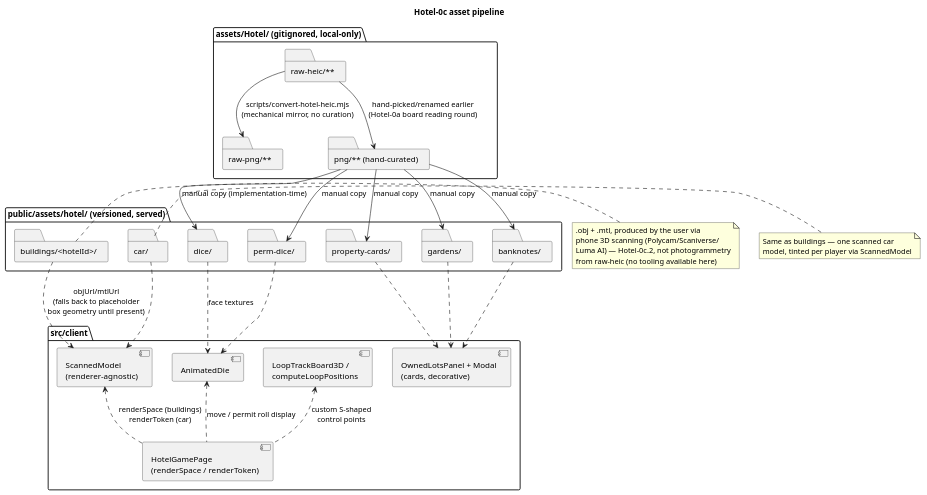
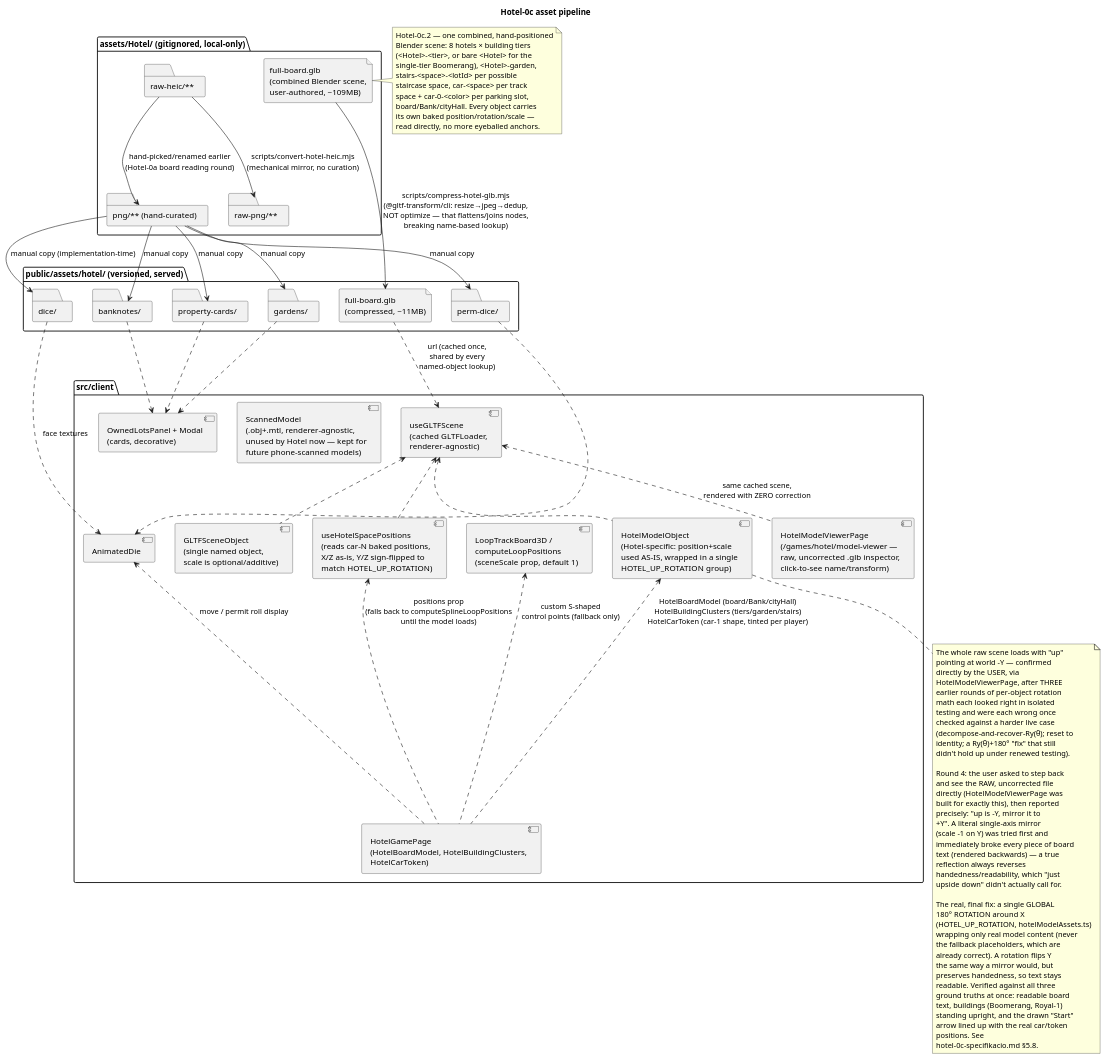
Before and after one commit to bbalazs2002/Games-center: the diagram in docs/diagrams/hotel-0c-asset-pipeline.puml, drawn with PlantUML. The commit also changed 66 other files, not shown here.

```diff
--- a/docs/diagrams/hotel-0c-asset-pipeline.puml
+++ b/docs/diagrams/hotel-0c-asset-pipeline.puml
@@ -1,60 +1,117 @@
 @startuml hotel-0c-asset-pipeline
 title Hotel-0c asset pipeline
 
 package "assets/Hotel/ (gitignored, local-only)" {
   folder "raw-heic/**" as RawHeic
   folder "raw-png/**" as RawPng
   folder "png/** (hand-curated)" as CuratedPng
+  file "full-board.glb\n(combined Blender scene,\nuser-authored, ~109MB)" as RawGlb
 }
 
 package "public/assets/hotel/ (versioned, served)" {
   folder "dice/" as PubDice
   folder "perm-dice/" as PubPermDice
   folder "property-cards/" as PubCards
   folder "gardens/" as PubGardens
   folder "banknotes/" as PubBanknotes
-  folder "buildings/<hotelId>/" as PubBuildings
-  folder "car/" as PubCar
+  file "full-board.glb\n(compressed, ~11MB)" as PubGlb
 }
 
 RawHeic --> RawPng : scripts/convert-hotel-heic.mjs\n(mechanical mirror, no curation)
 RawHeic --> CuratedPng : hand-picked/renamed earlier\n(Hotel-0a board reading round)
 
 CuratedPng --> PubDice : manual copy (implementation-time)
 CuratedPng --> PubPermDice : manual copy
 CuratedPng --> PubCards : manual copy
 CuratedPng --> PubGardens : manual copy
 CuratedPng --> PubBanknotes : manual copy
 
-note right of PubBuildings
-  .obj + .mtl, produced by the user via
-  phone 3D scanning (Polycam/Scaniverse/
-  Luma AI) — Hotel-0c.2, not photogrammetry
-  from raw-heic (no tooling available here)
-end note
-note right of PubCar
-  Same as buildings — one scanned car
-  model, tinted per player via ScannedModel
+RawGlb --> PubGlb : scripts/compress-hotel-glb.mjs\n(@gltf-transform/cli: resize→jpeg→dedup,\nNOT optimize — that flattens/joins nodes,\nbreaking name-based lookup)
+
+note right of RawGlb
+  Hotel-0c.2 — one combined, hand-positioned
+  Blender scene: 8 hotels × building tiers
+  (<Hotel>-<tier>, or bare <Hotel> for the
+  single-tier Boomerang), <Hotel>-garden,
+  stairs-<space>-<lotId> per possible
+  staircase space, car-<space> per track
+  space + car-0-<color> per parking slot,
+  board/Bank/cityHall. Every object carries
+  its own baked position/rotation/scale —
+  read directly, no more eyeballed anchors.
 end note
 
 package "src/client" {
-  component "ScannedModel\n(renderer-agnostic)" as ScannedModel
-  component "LoopTrackBoard3D /\ncomputeLoopPositions" as LoopTrack
-  component "HotelGamePage\n(renderSpace / renderToken)" as HotelGamePage
+  component "useGLTFScene\n(cached GLTFLoader,\nrenderer-agnostic)" as UseGLTFScene
+  component "GLTFSceneObject\n(single named object,\nscale is optional/additive)" as GLTFSceneObject
+  component "ScannedModel\n(.obj+.mtl, renderer-agnostic,\nunused by Hotel now — kept for\nfuture phone-scanned models)" as ScannedModel
+  component "HotelModelObject\n(Hotel-specific: position+scale\nused AS-IS, wrapped in a single\nHOTEL_UP_ROTATION group)" as HotelModelObject
+  component "useHotelSpacePositions\n(reads car-N baked positions,\nX/Z as-is, Y/Z sign-flipped to\nmatch HOTEL_UP_ROTATION)" as UseHotelSpacePositions
+  component "LoopTrackBoard3D /\ncomputeLoopPositions\n(sceneScale prop, default 1)" as LoopTrack
+  component "HotelGamePage\n(HotelBoardModel, HotelBuildingClusters,\nHotelCarToken)" as HotelGamePage
+  component "HotelModelViewerPage\n(/games/hotel/model-viewer —\nraw, uncorrected .glb inspector,\nclick-to-see name/transform)" as HotelModelViewerPage
   component "OwnedLotsPanel + Modal\n(cards, decorative)" as OwnedLotsPanel
   component "AnimatedDie" as AnimatedDie
 }
 
-PubBuildings ..> ScannedModel : objUrl/mtlUrl\n(falls back to placeholder\nbox geometry until present)
-PubCar ..> ScannedModel
+PubGlb ..> UseGLTFScene : url (cached once,\nshared by every\nnamed-object lookup)
+UseGLTFScene <.. GLTFSceneObject
+UseGLTFScene <.. HotelModelObject
+UseGLTFScene <.. UseHotelSpacePositions
+UseGLTFScene <.. HotelModelViewerPage : same cached scene,\nrendered with ZERO correction
+
 PubDice ..> AnimatedDie : face textures
 PubPermDice ..> AnimatedDie
 PubCards ..> OwnedLotsPanel
 PubGardens ..> OwnedLotsPanel
 PubBanknotes ..> OwnedLotsPanel
 
-ScannedModel <.. HotelGamePage : renderSpace (buildings)\nrenderToken (car)
-LoopTrack <.. HotelGamePage : custom S-shaped\ncontrol points
+HotelModelObject <.. HotelGamePage : HotelBoardModel (board/Bank/cityHall)\nHotelBuildingClusters (tiers/garden/stairs)\nHotelCarToken (car-1 shape, tinted per player)
+UseHotelSpacePositions <.. HotelGamePage : positions prop\n(falls back to computeSplineLoopPositions\nuntil the model loads)
+LoopTrack <.. HotelGamePage : custom S-shaped\ncontrol points (fallback only)
 AnimatedDie <.. HotelGamePage : move / permit roll display
 
+note bottom of HotelModelObject
+  The whole raw scene loads with "up"
+  pointing at world -Y — confirmed
+  directly by the USER, via
+  HotelModelViewerPage, after THREE
+  earlier rounds of per-object rotation
+  math each looked right in isolated
+  testing and were each wrong once
+  checked against a harder live case
+  (decompose-and-recover-Ry(θ); reset to
+  identity; a Ry(θ)+180° "fix" that still
+  didn't hold up under renewed testing).
+
+  Round 4: the user asked to step back
+  and see the RAW, uncorrected file
+  directly (HotelModelViewerPage was
+  built for exactly this), then reported
+  precisely: "up is -Y, mirror it to
+  +Y". A literal single-axis mirror
+  (scale -1 on Y) was tried first and
+  immediately broke every piece of board
+  text (rendered backwards) — a true
+  reflection always reverses
+  handedness/readability, which "just
+  upside down" didn't actually call for.
+
+  The real, final fix: a single GLOBAL
+  180° ROTATION around X
+  (HOTEL_UP_ROTATION, hotelModelAssets.ts)
+  wrapping only real model content (never
+  the fallback placeholders, which are
+  already correct). A rotation flips Y
+  the same way a mirror would, but
+  preserves handedness, so text stays
+  readable. Verified against all three
+  ground truths at once: readable board
+  text, buildings (Boomerang, Royal-1)
+  standing upright, and the drawn "Start"
+  arrow lined up with the real car/token
+  positions. See
+  hotel-0c-specifikacio.md §5.8.
+end note
+
 @enduml
```
